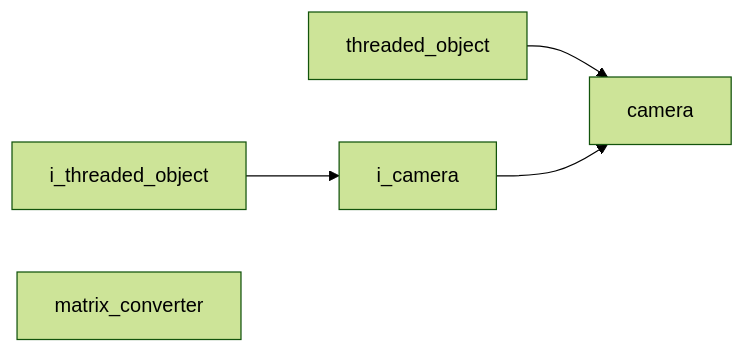
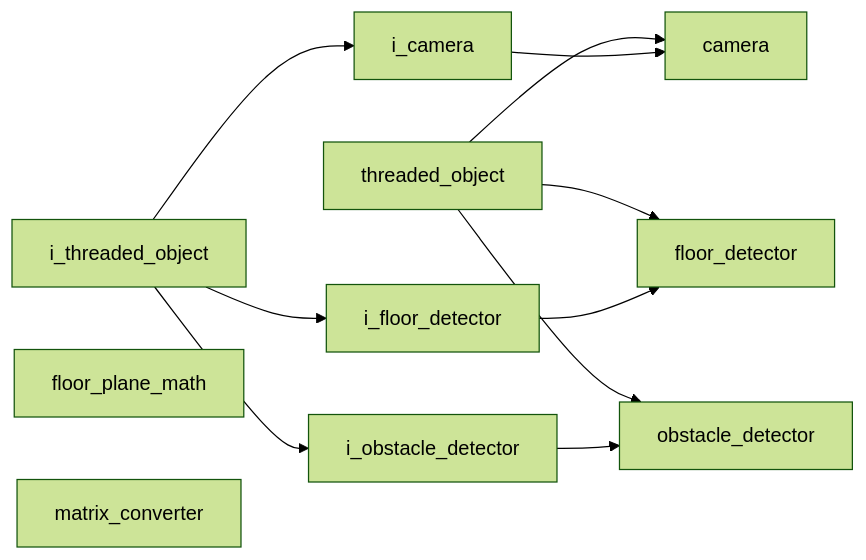
The diagram in docs/codebase/namespaces/vision/index.md (kasper-szczerba/acs_wiki), drawn with Mermaid (forest theme) before and after one commit. The commit also changed other lines of this file and 10 other files, not shown here.

````diff
--- a/docs/codebase/namespaces/vision/index.md
+++ b/docs/codebase/namespaces/vision/index.md
@@ -20,11 +25,22 @@
 ```mermaid
 graph LR
     C__DEV_vs_projects_acs_wiki_docs_codebase_namespaces_core_implementations_threaded_object["threaded_object"]
     C__DEV_vs_projects_acs_wiki_docs_codebase_namespaces_core_interfaces_i_threaded_object["i_threaded_object"]
     C__DEV_vs_projects_acs_wiki_docs_codebase_namespaces_vision_implementations_camera["camera"]
+    C__DEV_vs_projects_acs_wiki_docs_codebase_namespaces_vision_implementations_floor_detector["floor_detector"]
+    C__DEV_vs_projects_acs_wiki_docs_codebase_namespaces_vision_implementations_obstacle_detector["obstacle_detector"]
     C__DEV_vs_projects_acs_wiki_docs_codebase_namespaces_vision_interfaces_i_camera["i_camera"]
+    C__DEV_vs_projects_acs_wiki_docs_codebase_namespaces_vision_interfaces_i_floor_detector["i_floor_detector"]
+    C__DEV_vs_projects_acs_wiki_docs_codebase_namespaces_vision_interfaces_i_obstacle_detector["i_obstacle_detector"]
+    C__DEV_vs_projects_acs_wiki_docs_codebase_namespaces_vision_utility_floor_plane_math["floor_plane_math"]
     C__DEV_vs_projects_acs_wiki_docs_codebase_namespaces_vision_utility_matrix_converter["matrix_converter"]
     C__DEV_vs_projects_acs_wiki_docs_codebase_namespaces_core_implementations_threaded_object --> C__DEV_vs_projects_acs_wiki_docs_codebase_namespaces_vision_implementations_camera
+    C__DEV_vs_projects_acs_wiki_docs_codebase_namespaces_core_implementations_threaded_object --> C__DEV_vs_projects_acs_wiki_docs_codebase_namespaces_vision_implementations_floor_detector
+    C__DEV_vs_projects_acs_wiki_docs_codebase_namespaces_core_implementations_threaded_object --> C__DEV_vs_projects_acs_wiki_docs_codebase_namespaces_vision_implementations_obstacle_detector
     C__DEV_vs_projects_acs_wiki_docs_codebase_namespaces_core_interfaces_i_threaded_object --> C__DEV_vs_projects_acs_wiki_docs_codebase_namespaces_vision_interfaces_i_camera
+    C__DEV_vs_projects_acs_wiki_docs_codebase_namespaces_core_interfaces_i_threaded_object --> C__DEV_vs_projects_acs_wiki_docs_codebase_namespaces_vision_interfaces_i_floor_detector
+    C__DEV_vs_projects_acs_wiki_docs_codebase_namespaces_core_interfaces_i_threaded_object --> C__DEV_vs_projects_acs_wiki_docs_codebase_namespaces_vision_interfaces_i_obstacle_detector
     C__DEV_vs_projects_acs_wiki_docs_codebase_namespaces_vision_interfaces_i_camera --> C__DEV_vs_projects_acs_wiki_docs_codebase_namespaces_vision_implementations_camera
+    C__DEV_vs_projects_acs_wiki_docs_codebase_namespaces_vision_interfaces_i_floor_detector --> C__DEV_vs_projects_acs_wiki_docs_codebase_namespaces_vision_implementations_floor_detector
+    C__DEV_vs_projects_acs_wiki_docs_codebase_namespaces_vision_interfaces_i_obstacle_detector --> C__DEV_vs_projects_acs_wiki_docs_codebase_namespaces_vision_implementations_obstacle_detector
 ```
````
